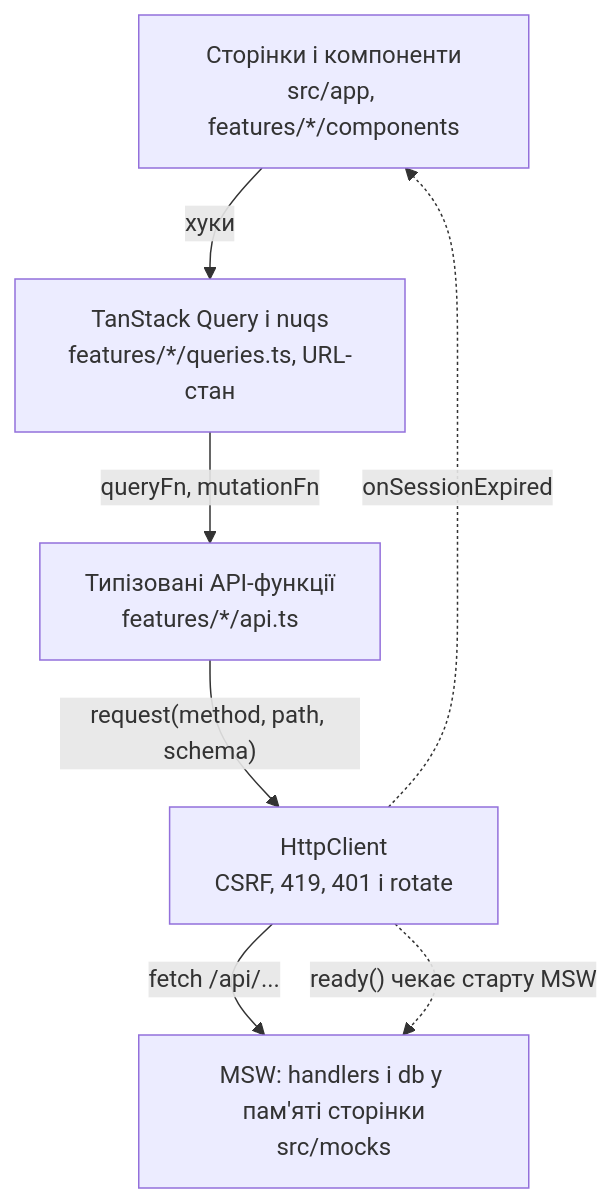
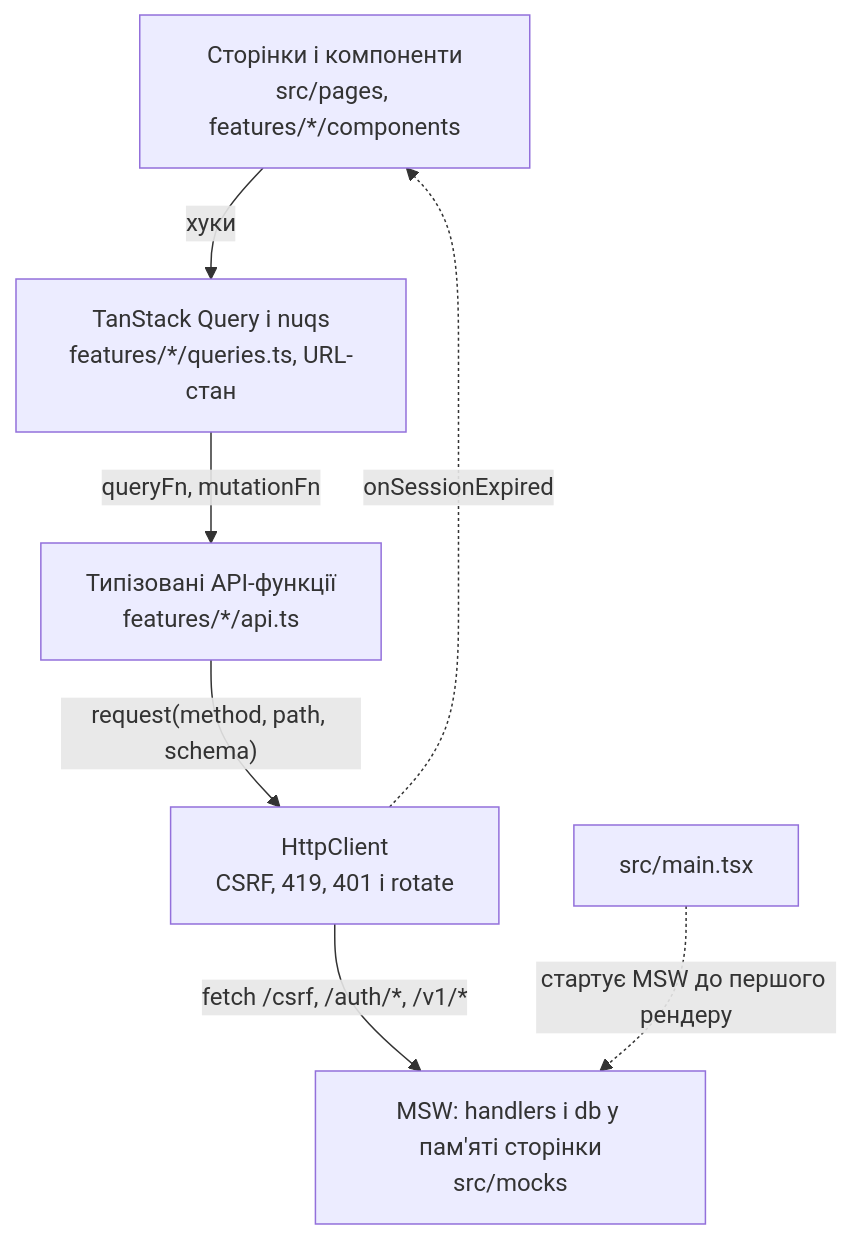
The first of 3 diagrams in README.md (bogdanteren4un/webhook-app), drawn with Mermaid before and after one commit. The commit also changed other lines of this file, not shown here.

````diff
--- a/README.md
+++ b/README.md
@@ -72,14 +74,15 @@
 ```mermaid
 flowchart TB
-  UI["Сторінки і компоненти<br>src/app, features/*/components"]
+  Main["src/main.tsx"]
+  UI["Сторінки і компоненти<br>src/pages, features/*/components"]
   State["TanStack Query і nuqs<br>features/*/queries.ts, URL-стан"]
   FeatureApi["Типізовані API-функції<br>features/*/api.ts"]
   Client["HttpClient<br>CSRF, 419, 401 і rotate"]
   Mock["MSW: handlers і db у пам'яті сторінки<br>src/mocks"]
   UI -->|"хуки"| State
   State -->|"queryFn, mutationFn"| FeatureApi
   FeatureApi -->|"request(method, path, schema)"| Client
-  Client -->|"fetch /api/..."| Mock
-  Client -.->|"ready() чекає старту MSW"| Mock
+  Client -->|"fetch /csrf, /auth/*, /v1/*"| Mock
+  Main -.->|"стартує MSW до першого рендеру"| Mock
   Client -.->|"onSessionExpired"| UI
 ```
````
